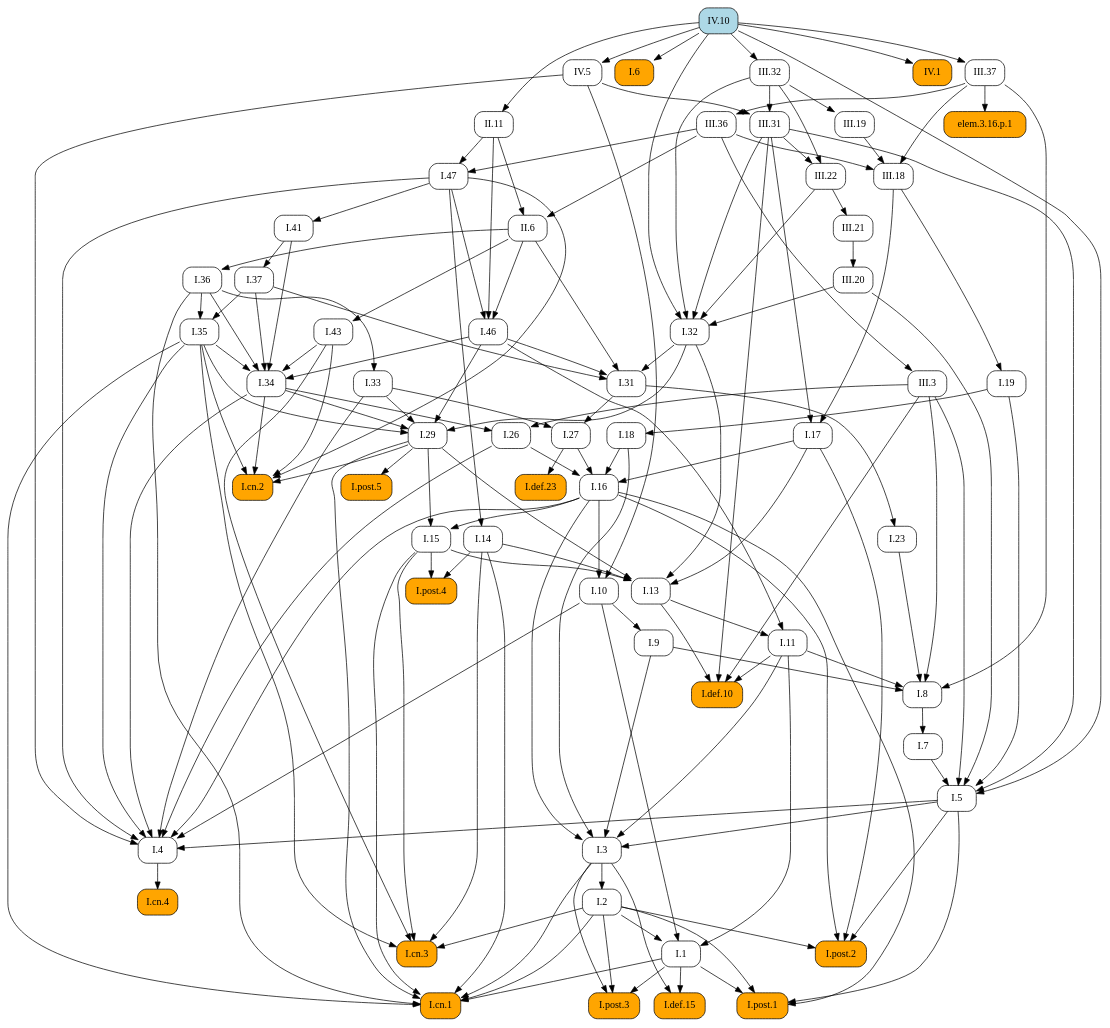
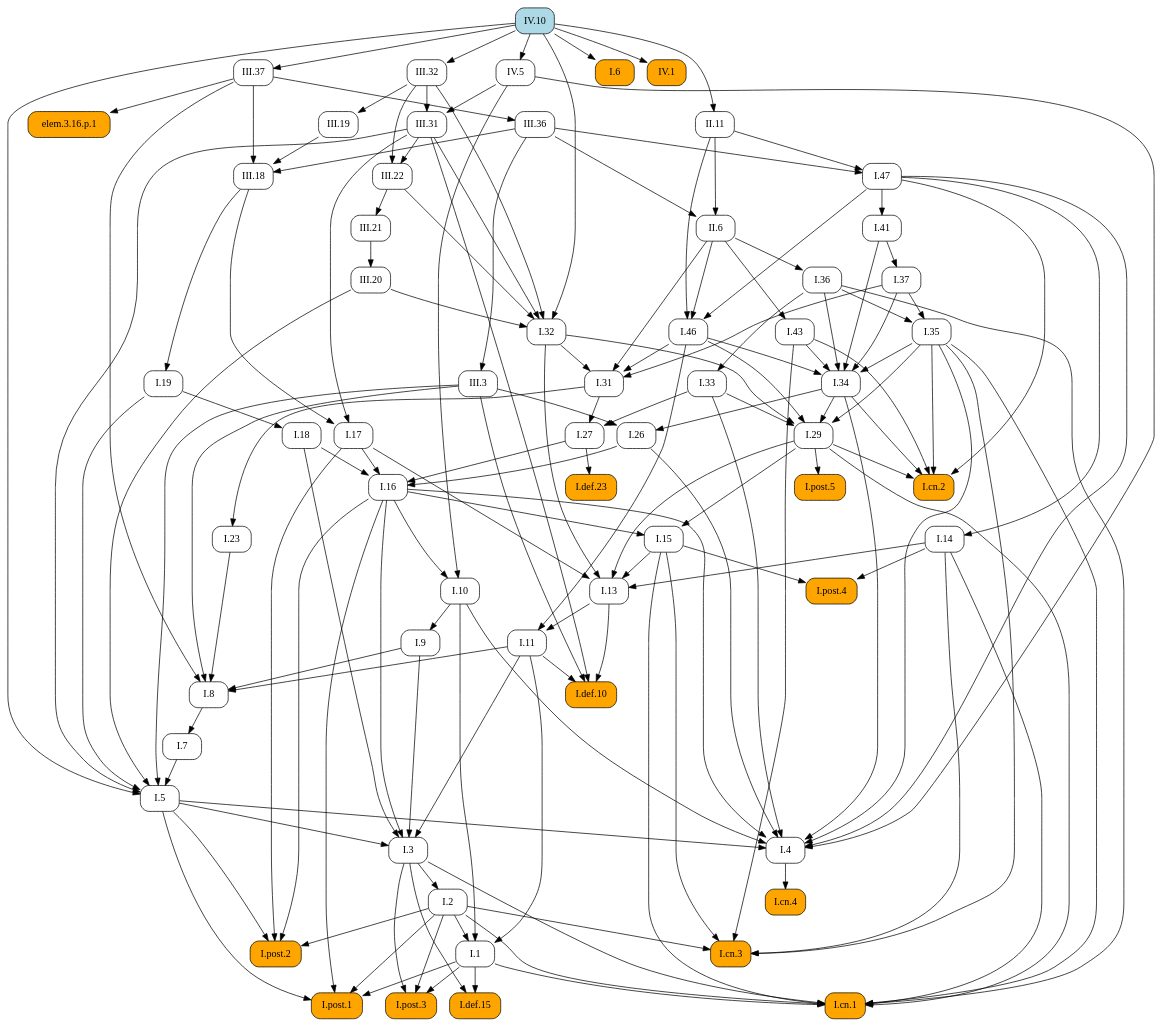
One commit to geometor/elements changed the diagram in docsrc/elements2/IV/10/index.rst. Above: the diagram before and after it, drawn with Graphviz. The commit also changed other lines of this file and 171 other files, not shown here.

```diff
--- a/docsrc/elements2/IV/10/index.rst
+++ b/docsrc/elements2/IV/10/index.rst
@@ -77,126 +77,190 @@
    digraph {
      rankdir="TB";
      node [shape=box, style=rounded];
+     "I.8" [URL="/elements2/I/8/", target="_top"];
+     "I.32" [URL="/elements2/I/32/", target="_top"];
+     "I.46" [URL="/elements2/I/46/", target="_top"];
+     "III.36" [URL="/elements2/III/36/", target="_top"];
+     "I.36" [URL="/elements2/I/36/", target="_top"];
+     "IV.5" [URL="/elements2/IV/5/", target="_top"];
+     "I.post.1" [style="rounded,filled", fillcolor=orange, URL="/elements2/I/post.1/", target="_top"];
+     "I.47" [URL="/elements2/I/47/", target="_top"];
+     "I.14" [URL="/elements2/I/14/", target="_top"];
+     "I.33" [URL="/elements2/I/33/", target="_top"];
+     "I.5" [URL="/elements2/I/5/", target="_top"];
+     "I.post.5" [style="rounded,filled", fillcolor=orange, URL="/elements2/I/post.5/", target="_top"];
+     "III.37" [URL="/elements2/III/37/", target="_top"];
+     "I.def.10" [style="rounded,filled", fillcolor=orange, URL="/elements2/I/def.10/", target="_top"];
+     "III.3" [URL="/elements2/III/3/", target="_top"];
+     "I.cn.2" [style="rounded,filled", fillcolor=orange, URL="/elements2/I/cn.2/", target="_top"];
+     "III.22" [URL="/elements2/III/22/", target="_top"];
+     "II.11" [URL="/elements2/II/11/", target="_top"];
+     "elem.3.16.p.1" [style="rounded,filled", fillcolor=orange];
+     "I.def.15" [style="rounded,filled", fillcolor=orange, URL="/elements2/I/def.15/", target="_top"];
+     "III.31" [URL="/elements2/III/31/", target="_top"];
+     "I.31" [URL="/elements2/I/31/", target="_top"];
+     "I.11" [URL="/elements2/I/11/", target="_top"];
+     "I.43" [URL="/elements2/I/43/", target="_top"];
+     "I.3" [URL="/elements2/I/3/", target="_top"];
+     "I.post.2" [style="rounded,filled", fillcolor=orange, URL="/elements2/I/post.2/", target="_top"];
+     "I.def.23" [style="rounded,filled", fillcolor=orange, URL="/elements2/I/def.23/", target="_top"];
+     "I.6" [style="rounded,filled", fillcolor=orange, URL="/elements2/I/6/", target="_top"];
+     "I.26" [URL="/elements2/I/26/", target="_top"];
+     "I.19" [URL="/elements2/I/19/", target="_top"];
+     "IV.1" [style="rounded,filled", fillcolor=orange, URL="/elements2/IV/1/", target="_top"];
+     "I.cn.4" [style="rounded,filled", fillcolor=orange, URL="/elements2/I/cn.4/", target="_top"];
+     "I.1" [URL="/elements2/I/1/", target="_top"];
+     "I.cn.3" [style="rounded,filled", fillcolor=orange, URL="/elements2/I/cn.3/", target="_top"];
+     "III.21" [URL="/elements2/III/21/", target="_top"];
+     "I.7" [URL="/elements2/I/7/", target="_top"];
+     "I.17" [URL="/elements2/I/17/", target="_top"];
+     "III.20" [URL="/elements2/III/20/", target="_top"];
+     "I.9" [URL="/elements2/I/9/", target="_top"];
+     "III.32" [URL="/elements2/III/32/", target="_top"];
+     "I.cn.1" [style="rounded,filled", fillcolor=orange, URL="/elements2/I/cn.1/", target="_top"];
+     "I.29" [URL="/elements2/I/29/", target="_top"];
+     "III.19" [URL="/elements2/III/19/", target="_top"];
+     "I.post.4" [style="rounded,filled", fillcolor=orange, URL="/elements2/I/post.4/", target="_top"];
+     "I.13" [URL="/elements2/I/13/", target="_top"];
+     "I.16" [URL="/elements2/I/16/", target="_top"];
+     "I.18" [URL="/elements2/I/18/", target="_top"];
+     "I.41" [URL="/elements2/I/41/", target="_top"];
+     "I.35" [URL="/elements2/I/35/", target="_top"];
+     "I.2" [URL="/elements2/I/2/", target="_top"];
+     "II.6" [URL="/elements2/II/6/", target="_top"];
+     "I.27" [URL="/elements2/I/27/", target="_top"];
      "I.37" [URL="/elements2/I/37/", target="_top"];
-     "III.22" [URL="/elements2/III/22/", target="_top"];
-     "I.def.10" [style="rounded,filled", fillcolor=orange, URL="/elements2/I/def.10/", target="_top"];
-     "I.32" [URL="/elements2/I/32/", target="_top"];
-     "III.31" [URL="/elements2/III/31/", target="_top"];
-     "I.46" [URL="/elements2/I/46/", target="_top"];
-     "I.47" [URL="/elements2/I/47/", target="_top"];
+     "IV.10" [style="rounded,filled", fillcolor=lightblue, URL="/elements2/IV/10/", target="_top"];
+     "I.4" [URL="/elements2/I/4/", target="_top"];
+     "III.18" [URL="/elements2/III/18/", target="_top"];
+     "I.10" [URL="/elements2/I/10/", target="_top"];
+     "I.15" [URL="/elements2/I/15/", target="_top"];
      "I.34" [URL="/elements2/I/34/", target="_top"];
-     "II.11" [URL="/elements2/II/11/", target="_top"];
-     "I.def.15" [style="rounded,filled", fillcolor=orange, URL="/elements2/I/def.15/", target="_top"];
-     "I.cn.4" [style="rounded,filled", fillcolor=orange, URL="/elements2/I/cn.4/", target="_top"];
+     "I.23" [URL="/elements2/I/23/", target="_top"];
      "I.post.3" [style="rounded,filled", fillcolor=orange, URL="/elements2/I/post.3/", target="_top"];
-     "I.41" [URL="/elements2/I/41/", target="_top"];
-     "I.36" [URL="/elements2/I/36/", target="_top"];
-     "I.27" [URL="/elements2/I/27/", target="_top"];
-     "I.post.2" [style="rounded,filled", fillcolor=orange, URL="/elements2/I/post.2/", target="_top"];
-     "I.13" [URL="/elements2/I/13/", target="_top"];
-     "I.10" [URL="/elements2/I/10/", target="_top"];
-     "I.post.1" [style="rounded,filled", fillcolor=orange, URL="/elements2/I/post.1/", target="_top"];
-     "I.7" [URL="/elements2/I/7/", target="_top"];
-     "II.6" [URL="/elements2/II/6/", target="_top"];
-     "III.19" [URL="/elements2/III/19/", target="_top"];
-     "I.6" [style="rounded,filled", fillcolor=orange, URL="/elements2/I/6/", target="_top"];
-     "I.14" [URL="/elements2/I/14/", target="_top"];
-     "I.11" [URL="/elements2/I/11/", target="_top"];
-     "I.4" [URL="/elements2/I/4/", target="_top"];
-     "IV.5" [URL="/elements2/IV/5/", target="_top"];
-     "elem.3.16.p.1" [style="rounded,filled", fillcolor=orange];
-     "III.36" [URL="/elements2/III/36/", target="_top"];
-     "I.16" [URL="/elements2/I/16/", target="_top"];
-     "III.32" [URL="/elements2/III/32/", target="_top"];
-     "I.def.23" [style="rounded,filled", fillcolor=orange, URL="/elements2/I/def.23/", target="_top"];
-     "I.9" [URL="/elements2/I/9/", target="_top"];
-     "I.18" [URL="/elements2/I/18/", target="_top"];
-     "I.8" [URL="/elements2/I/8/", target="_top"];
-     "III.18" [URL="/elements2/III/18/", target="_top"];
-     "I.15" [URL="/elements2/I/15/", target="_top"];
-     "I.cn.2" [style="rounded,filled", fillcolor=orange, URL="/elements2/I/cn.2/", target="_top"];
-     "I.post.5" [style="rounded,filled", fillcolor=orange, URL="/elements2/I/post.5/", target="_top"];
-     "I.23" [URL="/elements2/I/23/", target="_top"];
-     "I.2" [URL="/elements2/I/2/", target="_top"];
-     "III.21" [URL="/elements2/III/21/", target="_top"];
-     "I.26" [URL="/elements2/I/26/", target="_top"];
-     "III.20" [URL="/elements2/III/20/", target="_top"];
-     "I.1" [URL="/elements2/I/1/", target="_top"];
-     "I.35" [URL="/elements2/I/35/", target="_top"];
-     "III.37" [URL="/elements2/III/37/", target="_top"];
-     "I.43" [URL="/elements2/I/43/", target="_top"];
-     "III.3" [URL="/elements2/III/3/", target="_top"];
-     "I.33" [URL="/elements2/I/33/", target="_top"];
-     "I.31" [URL="/elements2/I/31/", target="_top"];
-     "I.post.4" [style="rounded,filled", fillcolor=orange, URL="/elements2/I/post.4/", target="_top"];
-     "IV.1" [style="rounded,filled", fillcolor=orange, URL="/elements2/IV/1/", target="_top"];
-     "I.cn.1" [style="rounded,filled", fillcolor=orange, URL="/elements2/I/cn.1/", target="_top"];
-     "IV.10" [style="rounded,filled", fillcolor=lightblue, URL="/elements2/IV/10/", target="_top"];
-     "I.3" [URL="/elements2/I/3/", target="_top"];
-     "I.cn.3" [style="rounded,filled", fillcolor=orange, URL="/elements2/I/cn.3/", target="_top"];
-     "I.17" [URL="/elements2/I/17/", target="_top"];
-     "I.29" [URL="/elements2/I/29/", target="_top"];
-     "I.19" [URL="/elements2/I/19/", target="_top"];
-     "I.5" [URL="/elements2/I/5/", target="_top"];
-     "I.41" -> "I.37";
-     "III.31" -> "III.22";
-     "III.32" -> "III.22";
-     "I.11" -> "I.def.10";
-     "I.13" -> "I.def.10";
-     "III.3" -> "I.def.10";
-     "III.31" -> "I.def.10";
+     "I.9" -> "I.8";
+     "I.11" -> "I.8";
+     "I.23" -> "I.8";
+     "III.3" -> "I.8";
+     "III.37" -> "I.8";
      "III.20" -> "I.32";
      "III.22" -> "I.32";
      "III.31" -> "I.32";
      "III.32" -> "I.32";
      "IV.10" -> "I.32";
-     "III.32" -> "III.31";
-     "IV.5" -> "III.31";
      "I.47" -> "I.46";
      "II.6" -> "I.46";
      "II.11" -> "I.46";
+     "III.37" -> "III.36";
+     "II.6" -> "I.36";
+     "IV.10" -> "IV.5";
+     "I.1" -> "I.post.1";
+     "I.2" -> "I.post.1";
+     "I.5" -> "I.post.1";
+     "I.16" -> "I.post.1";
      "II.11" -> "I.47";
      "III.36" -> "I.47";
-     "I.35" -> "I.34";
-     "I.36" -> "I.34";
-     "I.37" -> "I.34";
-     "I.41" -> "I.34";
-     "I.43" -> "I.34";
-     "I.46" -> "I.34";
+     "I.47" -> "I.14";
+     "I.36" -> "I.33";
+     "I.7" -> "I.5";
+     "I.19" -> "I.5";
+     "III.3" -> "I.5";
+     "III.20" -> "I.5";
+     "III.31" -> "I.5";
+     "IV.10" -> "I.5";
+     "I.29" -> "I.post.5";
+     "IV.10" -> "III.37";
+     "I.11" -> "I.def.10";
+     "I.13" -> "I.def.10";
+     "III.3" -> "I.def.10";
+     "III.31" -> "I.def.10";
+     "III.36" -> "III.3";
+     "I.29" -> "I.cn.2";
+     "I.34" -> "I.cn.2";
+     "I.35" -> "I.cn.2";
+     "I.43" -> "I.cn.2";
+     "I.47" -> "I.cn.2";
+     "III.31" -> "III.22";
+     "III.32" -> "III.22";
      "IV.10" -> "II.11";
+     "III.37" -> "elem.3.16.p.1";
      "I.1" -> "I.def.15";
      "I.3" -> "I.def.15";
-     "I.4" -> "I.cn.4";
-     "I.1" -> "I.post.3";
-     "I.2" -> "I.post.3";
-     "I.3" -> "I.post.3";
-     "I.47" -> "I.41";
-     "II.6" -> "I.36";
-     "I.31" -> "I.27";
-     "I.33" -> "I.27";
+     "III.32" -> "III.31";
+     "IV.5" -> "III.31";
+     "I.32" -> "I.31";
+     "I.37" -> "I.31";
+     "I.46" -> "I.31";
+     "II.6" -> "I.31";
+     "I.13" -> "I.11";
+     "I.46" -> "I.11";
+     "II.6" -> "I.43";
+     "I.5" -> "I.3";
+     "I.9" -> "I.3";
+     "I.11" -> "I.3";
+     "I.16" -> "I.3";
+     "I.18" -> "I.3";
      "I.2" -> "I.post.2";
      "I.5" -> "I.post.2";
      "I.16" -> "I.post.2";
      "I.17" -> "I.post.2";
+     "I.27" -> "I.def.23";
+     "IV.10" -> "I.6";
+     "I.34" -> "I.26";
+     "III.3" -> "I.26";
+     "III.18" -> "I.19";
+     "IV.10" -> "IV.1";
+     "I.4" -> "I.cn.4";
+     "I.2" -> "I.1";
+     "I.10" -> "I.1";
+     "I.11" -> "I.1";
+     "I.2" -> "I.cn.3";
+     "I.14" -> "I.cn.3";
+     "I.15" -> "I.cn.3";
+     "I.35" -> "I.cn.3";
+     "I.43" -> "I.cn.3";
+     "III.22" -> "III.21";
+     "I.8" -> "I.7";
+     "III.18" -> "I.17";
+     "III.31" -> "I.17";
+     "III.21" -> "III.20";
+     "I.10" -> "I.9";
+     "IV.10" -> "III.32";
+     "I.1" -> "I.cn.1";
+     "I.2" -> "I.cn.1";
+     "I.3" -> "I.cn.1";
+     "I.14" -> "I.cn.1";
+     "I.15" -> "I.cn.1";
+     "I.29" -> "I.cn.1";
+     "I.35" -> "I.cn.1";
+     "I.36" -> "I.cn.1";
+     "I.32" -> "I.29";
+     "I.33" -> "I.29";
+     "I.34" -> "I.29";
+     "I.35" -> "I.29";
+     "I.46" -> "I.29";
+     "III.32" -> "III.19";
+     "I.14" -> "I.post.4";
+     "I.15" -> "I.post.4";
      "I.14" -> "I.13";
      "I.15" -> "I.13";
      "I.17" -> "I.13";
      "I.29" -> "I.13";
      "I.32" -> "I.13";
-     "I.16" -> "I.10";
-     "IV.5" -> "I.10";
-     "I.1" -> "I.post.1";
-     "I.2" -> "I.post.1";
-     "I.5" -> "I.post.1";
-     "I.16" -> "I.post.1";
-     "I.8" -> "I.7";
+     "I.17" -> "I.16";
+     "I.18" -> "I.16";
+     "I.26" -> "I.16";
+     "I.27" -> "I.16";
+     "I.19" -> "I.18";
+     "I.47" -> "I.41";
+     "I.36" -> "I.35";
+     "I.37" -> "I.35";
+     "I.3" -> "I.2";
      "II.11" -> "II.6";
      "III.36" -> "II.6";
-     "III.32" -> "III.19";
-     "IV.10" -> "I.6";
-     "I.47" -> "I.14";
-     "I.13" -> "I.11";
-     "I.46" -> "I.11";
+     "I.31" -> "I.27";
+     "I.33" -> "I.27";
+     "I.41" -> "I.37";
      "I.5" -> "I.4";
      "I.10" -> "I.4";
      "I.16" -> "I.4";
@@ -206,85 +270,21 @@
      "I.35" -> "I.4";
      "I.47" -> "I.4";
      "IV.5" -> "I.4";
-     "IV.10" -> "IV.5";
-     "III.37" -> "elem.3.16.p.1";
-     "III.37" -> "III.36";
-     "I.17" -> "I.16";
-     "I.18" -> "I.16";
-     "I.26" -> "I.16";
-     "I.27" -> "I.16";
-     "IV.10" -> "III.32";
-     "I.27" -> "I.def.23";
-     "I.10" -> "I.9";
-     "I.19" -> "I.18";
-     "I.9" -> "I.8";
-     "I.11" -> "I.8";
-     "I.23" -> "I.8";
-     "III.3" -> "I.8";
-     "III.37" -> "I.8";
      "III.19" -> "III.18";
      "III.36" -> "III.18";
      "III.37" -> "III.18";
+     "I.16" -> "I.10";
+     "IV.5" -> "I.10";
      "I.16" -> "I.15";
      "I.29" -> "I.15";
-     "I.29" -> "I.cn.2";
-     "I.34" -> "I.cn.2";
-     "I.35" -> "I.cn.2";
-     "I.43" -> "I.cn.2";
-     "I.47" -> "I.cn.2";
-     "I.29" -> "I.post.5";
+     "I.35" -> "I.34";
+     "I.36" -> "I.34";
+     "I.37" -> "I.34";
+     "I.41" -> "I.34";
+     "I.43" -> "I.34";
+     "I.46" -> "I.34";
      "I.31" -> "I.23";
-     "I.3" -> "I.2";
-     "III.22" -> "III.21";
-     "I.34" -> "I.26";
-     "III.3" -> "I.26";
-     "III.21" -> "III.20";
-     "I.2" -> "I.1";
-     "I.10" -> "I.1";
-     "I.11" -> "I.1";
-     "I.36" -> "I.35";
-     "I.37" -> "I.35";
-     "IV.10" -> "III.37";
-     "II.6" -> "I.43";
-     "III.36" -> "III.3";
-     "I.36" -> "I.33";
-     "I.32" -> "I.31";
-     "I.37" -> "I.31";
-     "I.46" -> "I.31";
-     "II.6" -> "I.31";
-     "I.14" -> "I.post.4";
-     "I.15" -> "I.post.4";
-     "IV.10" -> "IV.1";
-     "I.1" -> "I.cn.1";
-     "I.2" -> "I.cn.1";
-     "I.3" -> "I.cn.1";
-     "I.14" -> "I.cn.1";
-     "I.15" -> "I.cn.1";
-     "I.29" -> "I.cn.1";
-     "I.35" -> "I.cn.1";
-     "I.36" -> "I.cn.1";
-     "I.5" -> "I.3";
-     "I.9" -> "I.3";
-     "I.11" -> "I.3";
-     "I.16" -> "I.3";
-     "I.18" -> "I.3";
-     "I.2" -> "I.cn.3";
-     "I.14" -> "I.cn.3";
-     "I.15" -> "I.cn.3";
-     "I.35" -> "I.cn.3";
-     "I.43" -> "I.cn.3";
-     "III.18" -> "I.17";
-     "III.31" -> "I.17";
-     "I.32" -> "I.29";
-     "I.33" -> "I.29";
-     "I.34" -> "I.29";
-     "I.35" -> "I.29";
-     "I.46" -> "I.29";
-     "III.18" -> "I.19";
-     "I.7" -> "I.5";
-     "I.19" -> "I.5";
-     "III.3" -> "I.5";
-     "III.20" -> "I.5";
-     "III.31" -> "I.5";
-     "IV.10" -> "I.5";
+     "I.1" -> "I.post.3";
+     "I.2" -> "I.post.3";
+     "I.3" -> "I.post.3";
    }
```
